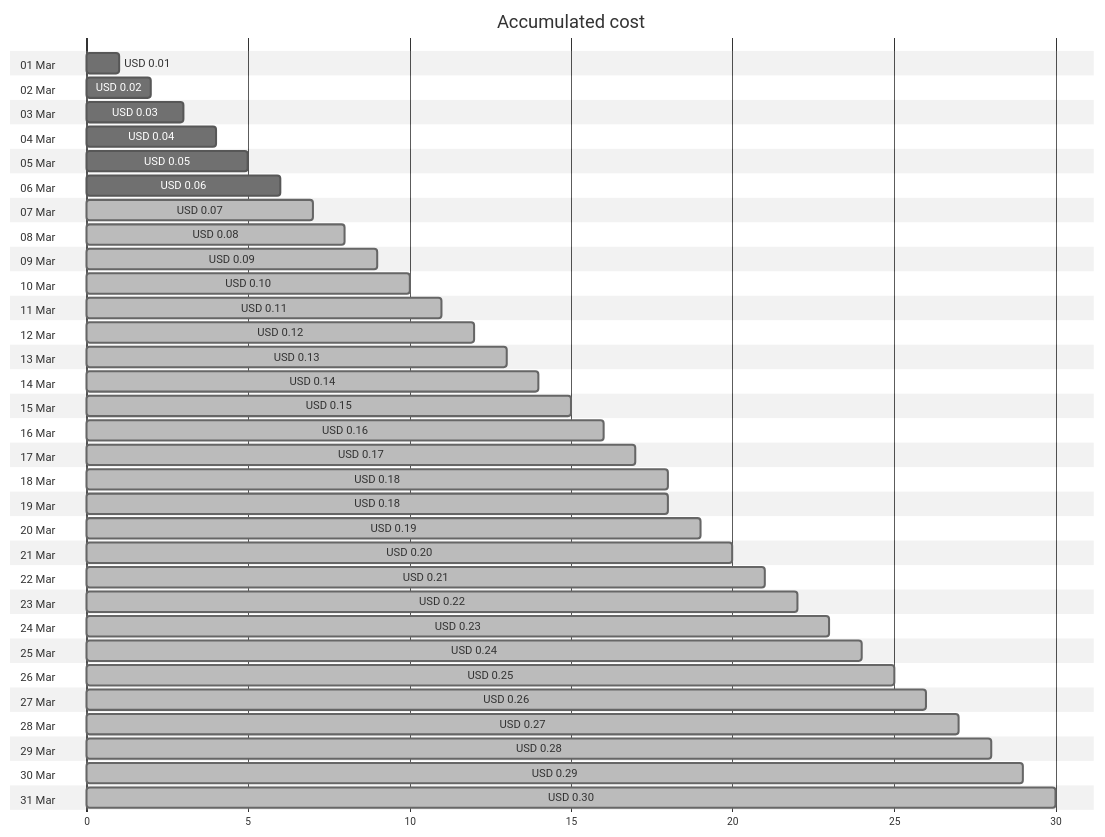
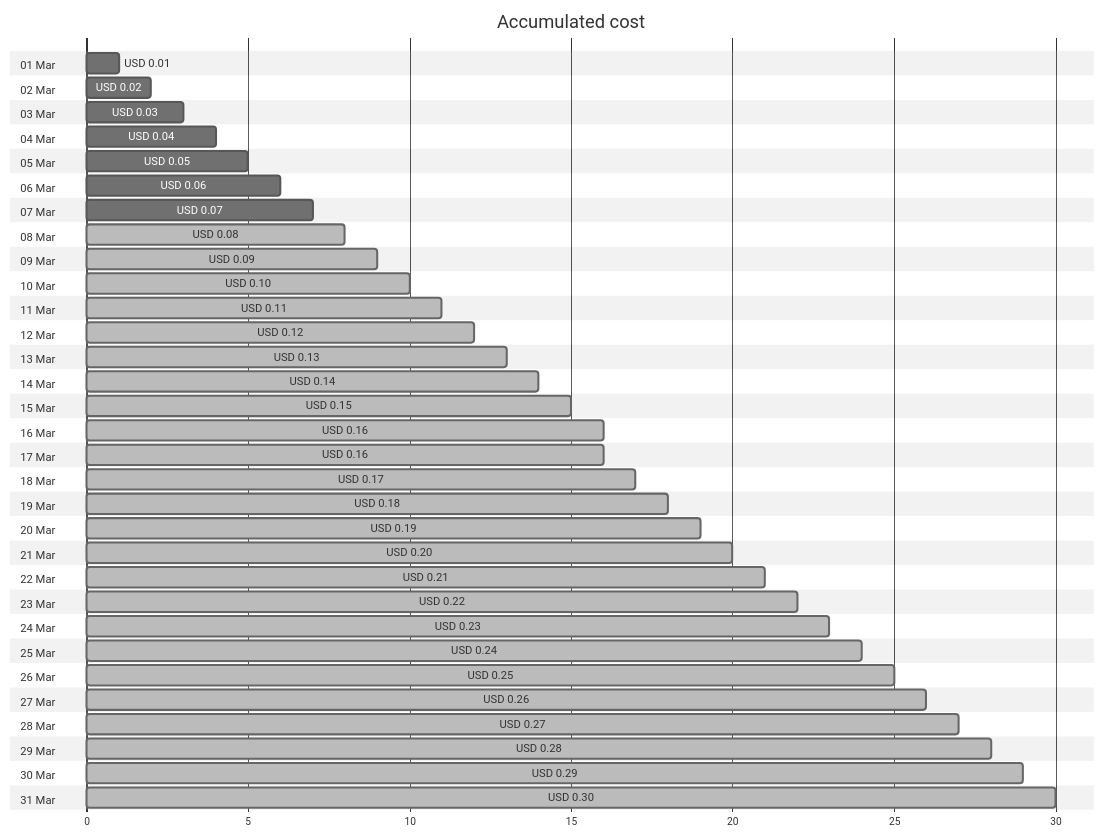
One commit to jpfulton/azure-personal-reports changed the first of 4 diagrams in cost-reports/cloud-shell-storage-eastus/cs2100300008c8d894b.md. Above: the diagram before and after it, drawn with Mermaid (neutral theme). The commit also changed other lines of this file and 1 other file, not shown here.

````diff
--- a/cost-reports/cloud-shell-storage-eastus/cs2100300008c8d894b.md
+++ b/cost-reports/cloud-shell-storage-eastus/cs2100300008c8d894b.md
@@ -20,68 +20,68 @@
 ```mermaid
 gantt
    title Accumulated cost
    dateFormat  X
    axisFormat %s
    section 01 Mar
    USD 0.01 :0, 1
    section 02 Mar
    USD 0.02 :0, 2
    section 03 Mar
    USD 0.03 :0, 3
    section 04 Mar
    USD 0.04 :0, 4
    section 05 Mar
    USD 0.05 :0, 5
    section 06 Mar
    USD 0.06 :0, 6
    section 07 Mar
-   USD 0.07 : done, 0, 7
+   USD 0.07 :0, 7
    section 08 Mar
    USD 0.08 : done, 0, 8
    section 09 Mar
    USD 0.09 : done, 0, 9
    section 10 Mar
    USD 0.10 : done, 0, 10
    section 11 Mar
    USD 0.11 : done, 0, 11
    section 12 Mar
    USD 0.12 : done, 0, 12
    section 13 Mar
    USD 0.13 : done, 0, 13
    section 14 Mar
    USD 0.14 : done, 0, 14
    section 15 Mar
    USD 0.15 : done, 0, 15
    section 16 Mar
    USD 0.16 : done, 0, 16
    section 17 Mar
+   USD 0.16 : done, 0, 16
+   section 18 Mar
    USD 0.17 : done, 0, 17
-   section 18 Mar
-   USD 0.18 : done, 0, 18
    section 19 Mar
    USD 0.18 : done, 0, 18
    section 20 Mar
    USD 0.19 : done, 0, 19
    section 21 Mar
    USD 0.20 : done, 0, 20
    section 22 Mar
    USD 0.21 : done, 0, 21
    section 23 Mar
    USD 0.22 : done, 0, 22
    section 24 Mar
    USD 0.23 : done, 0, 23
    section 25 Mar
    USD 0.24 : done, 0, 24
    section 26 Mar
    USD 0.25 : done, 0, 25
    section 27 Mar
    USD 0.26 : done, 0, 26
    section 28 Mar
    USD 0.27 : done, 0, 27
    section 29 Mar
    USD 0.28 : done, 0, 28
    section 30 Mar
    USD 0.29 : done, 0, 29
    section 31 Mar
    USD 0.30 : done, 0, 30
 ```
````
